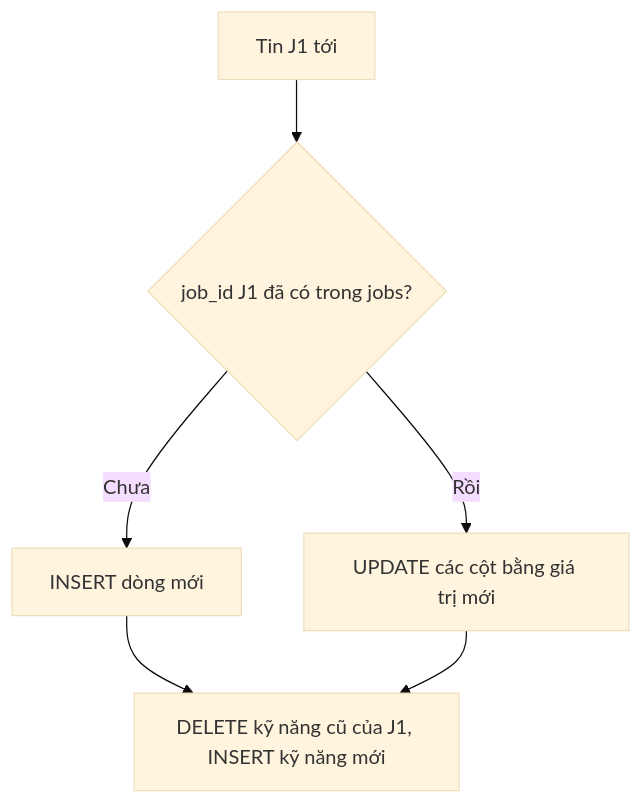
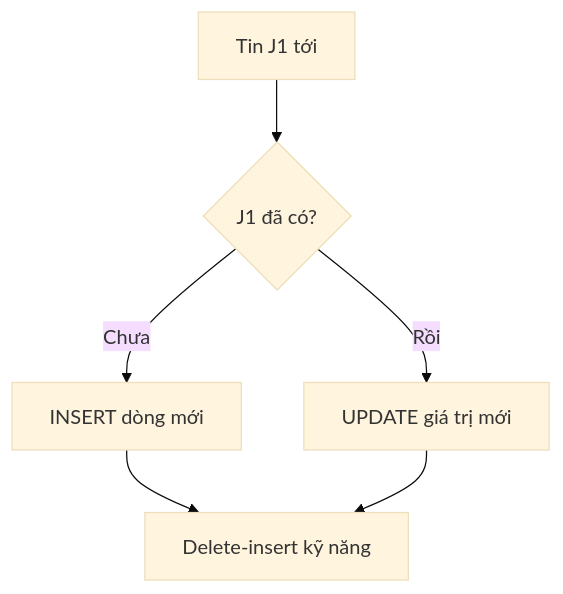
One commit to ht-nah98/ai-academy changed the second of 3 diagrams in academy/curriculum/L10-etl-chat-luong-du-lieu/lesson.md. Above: the diagram before and after it, drawn with Mermaid (base theme). The commit also changed other lines of this file and 54 other files, not shown here.

````diff
--- a/academy/curriculum/L10-etl-chat-luong-du-lieu/lesson.md
+++ b/academy/curriculum/L10-etl-chat-luong-du-lieu/lesson.md
@@ -68,8 +68,8 @@
 ```mermaid
 flowchart TD
-    A["Tin J1 tới"] --> B{"job_id J1 đã có trong jobs?"}
+    A["Tin J1 tới"] --> B{"J1 đã có?"}
     B -- "Chưa" --> C["INSERT dòng mới"]
-    B -- "Rồi" --> D["UPDATE các cột bằng giá trị mới"]
-    C --> E["DELETE kỹ năng cũ của J1, INSERT kỹ năng mới"]
+    B -- "Rồi" --> D["UPDATE giá trị mới"]
+    C --> E["Delete-insert kỹ năng"]
     D --> E
 ```
````
